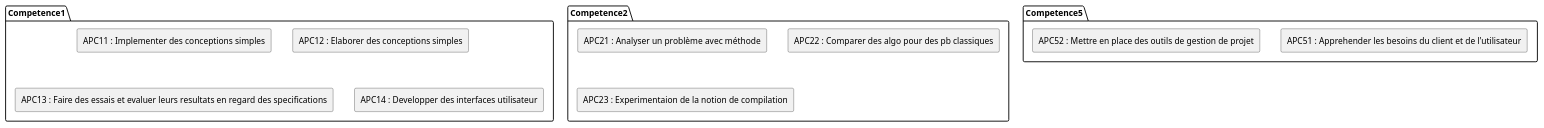
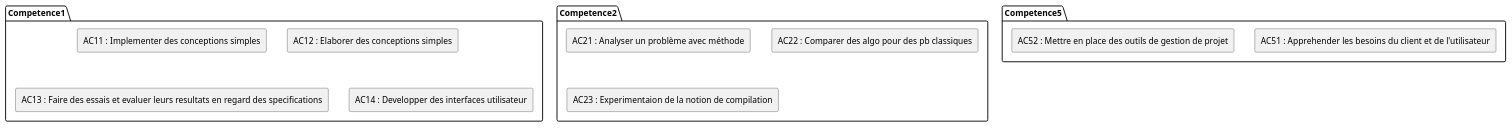
The diagram in competences.plantuml (IUT-Blagnac/BUT-PN2021), drawn with PlantUML before and after one commit. The commit also changed 8 other files, not shown here.

```diff
--- a/competences.plantuml
+++ b/competences.plantuml
@@ -1,19 +1,19 @@
 '----------- Compétences
 
 package Competence1 {
-rectangle "APC11 : Implementer des conceptions simples" as APC11 
-rectangle "APC12 : Elaborer des conceptions simples" as APC12
-rectangle "APC13 : Faire des essais et evaluer leurs resultats en regard des specifications" as APC13
-rectangle "APC14 : Developper des interfaces utilisateur" as APC14
+rectangle "AC11 : Implementer des conceptions simples" as AC11 
+rectangle "AC12 : Elaborer des conceptions simples" as AC12
+rectangle "AC13 : Faire des essais et evaluer leurs resultats en regard des specifications" as AC13
+rectangle "AC14 : Developper des interfaces utilisateur" as AC14
 }
 
 package Competence2 {
-rectangle "APC21 : Analyser un problème avec méthode" as APC21 
-rectangle "APC22 : Comparer des algo pour des pb classiques" as APC22
-rectangle "APC23 : Experimentaion de la notion de compilation" as APC23
+rectangle "AC21 : Analyser un problème avec méthode" as AC21 
+rectangle "AC22 : Comparer des algo pour des pb classiques" as AC22
+rectangle "AC23 : Experimentaion de la notion de compilation" as AC23
 }
 
 package Competence5 {
-rectangle "APC51 : Apprehender les besoins du client et de l'utilisateur" as APC51 
-rectangle "APC52 : Mettre en place des outils de gestion de projet" as APC52
+rectangle "AC51 : Apprehender les besoins du client et de l'utilisateur" as AC51 
+rectangle "AC52 : Mettre en place des outils de gestion de projet" as AC52
 }
```
